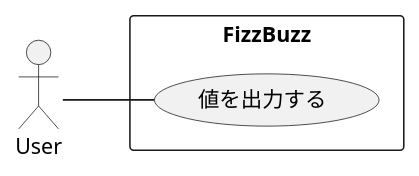
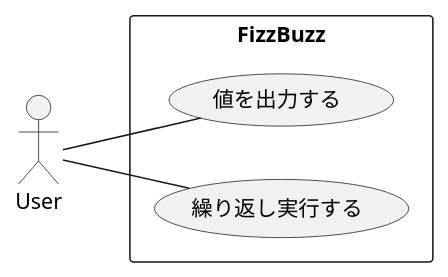
One commit to hiroshima-arc/aws_sam_python_hands-on changed the first of 3 diagrams in docs/src/fizz_buzz.adoc. Above: the diagram before and after it, drawn with PlantUML. The commit also changed other lines of this file and 10 other files, not shown here.

```diff
--- a/docs/src/fizz_buzz.adoc
+++ b/docs/src/fizz_buzz.adoc
@@ -22,9 +22,10 @@
 [plantuml]
 ----
 left to right direction
 skinparam packageStyle rectangle
 actor User
 rectangle FizzBuzz {
   User -- (値を出力する)
+  User -- (繰り返し実行する)
 }
 ----
```
